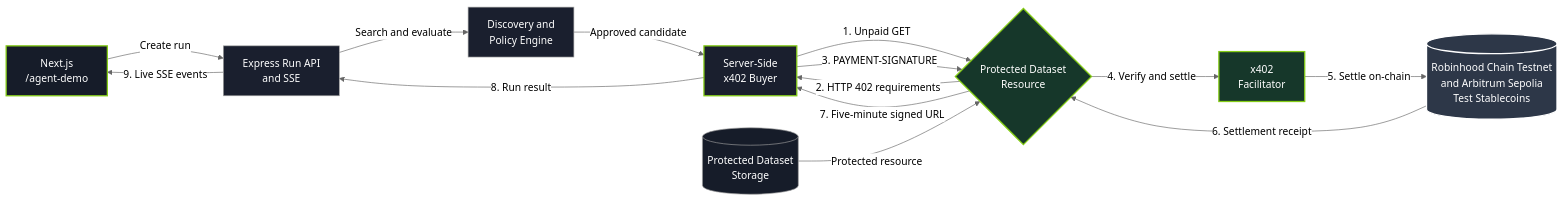
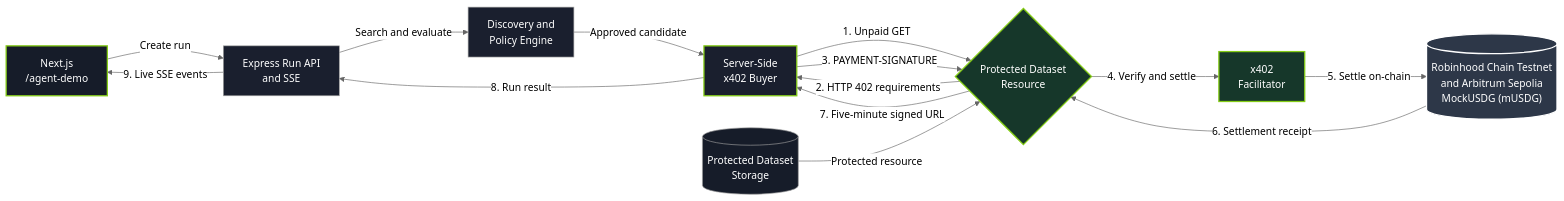
One commit to DigiPaga/digi-robotics changed the first of 2 diagrams in README.md. Above: the diagram before and after it, drawn with Mermaid (neutral theme). The commit also changed other lines of this file, not shown here.

````diff
--- a/README.md
+++ b/README.md
@@ -134,42 +137,42 @@
 ```mermaid
 flowchart LR
     A["Next.js<br/>/agent-demo"]
     B["Express Run API<br/>and SSE"]
     C["Discovery and<br/>Policy Engine"]
     D["Server-Side<br/>x402 Buyer"]
     E{"Protected Dataset<br/>Resource"}
     F["x402<br/>Facilitator"]
-    G[("Robinhood Chain Testnet<br/>and Arbitrum Sepolia<br/>Test Stablecoins")]
+    G[("Robinhood Chain Testnet<br/>and Arbitrum Sepolia<br/>MockUSDG (mUSDG)")]
     H[("Protected Dataset<br/>Storage")]
 
     A -->|"Create run"| B
     B -->|"Search and evaluate"| C
     C -->|"Approved candidate"| D
 
     D -->|"1. Unpaid GET"| E
     E -->|"2. HTTP 402 requirements"| D
     D -->|"3. PAYMENT-SIGNATURE"| E
 
     E -->|"4. Verify and settle"| F
     F -->|"5. Settle on-chain"| G
     G -->|"6. Settlement receipt"| E
 
     H -->|"Protected resource"| E
     E -->|"7. Five-minute signed URL"| D
     D -->|"8. Run result"| B
     B -->|"9. Live SSE events"| A
 
     classDef frontend fill:#161c29,stroke:#84cc16,stroke-width:2px,color:#ffffff
     classDef backend fill:#1a1f2e,stroke:#a0a0a0,stroke-width:1px,color:#ffffff
     classDef agent fill:#1a1f2e,stroke:#84cc16,stroke-width:2px,color:#ffffff
     classDef facilitator fill:#16372a,stroke:#84cc16,stroke-width:2px,color:#ffffff
     classDef chain fill:#2d3748,stroke:#ffffff,stroke-width:2px,color:#ffffff
     classDef storage fill:#161c29,stroke:#a0a0a0,stroke-width:1px,color:#ffffff
 
     class A frontend
     class B,C backend
     class D agent
     class E,F facilitator
     class G chain
     class H storage
 ```
````
